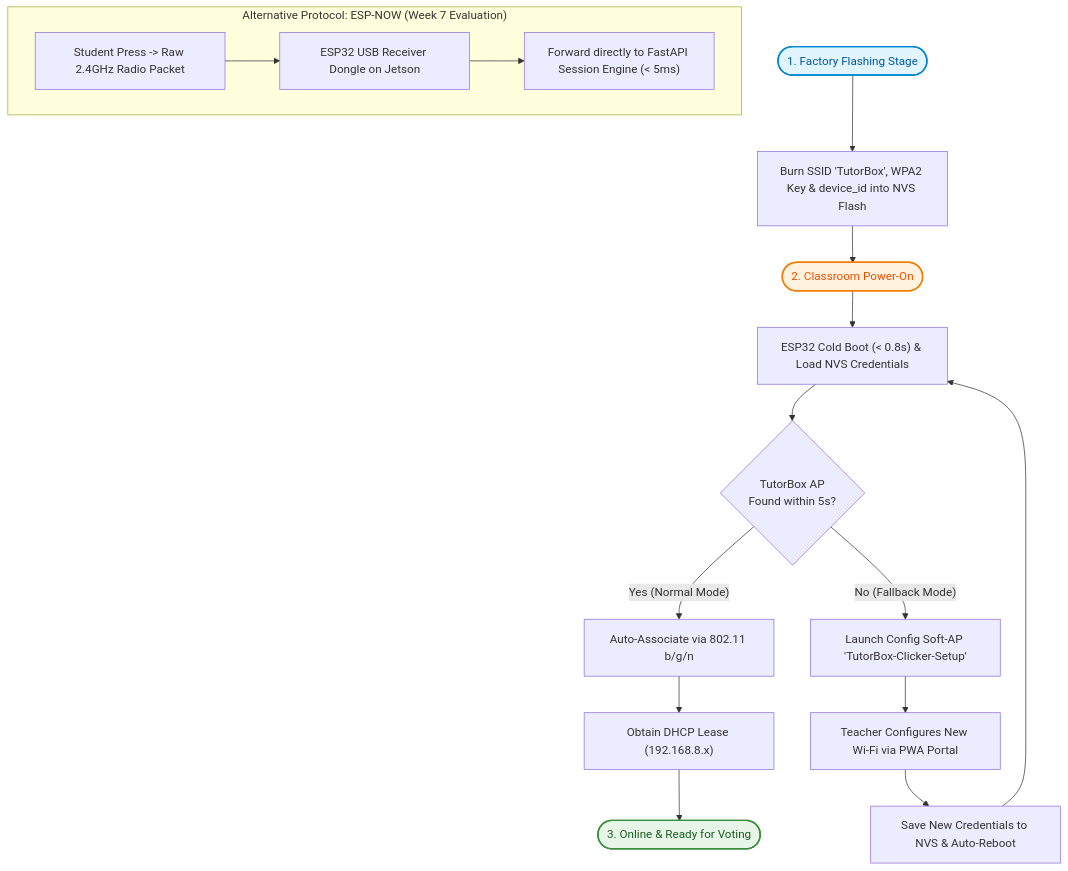
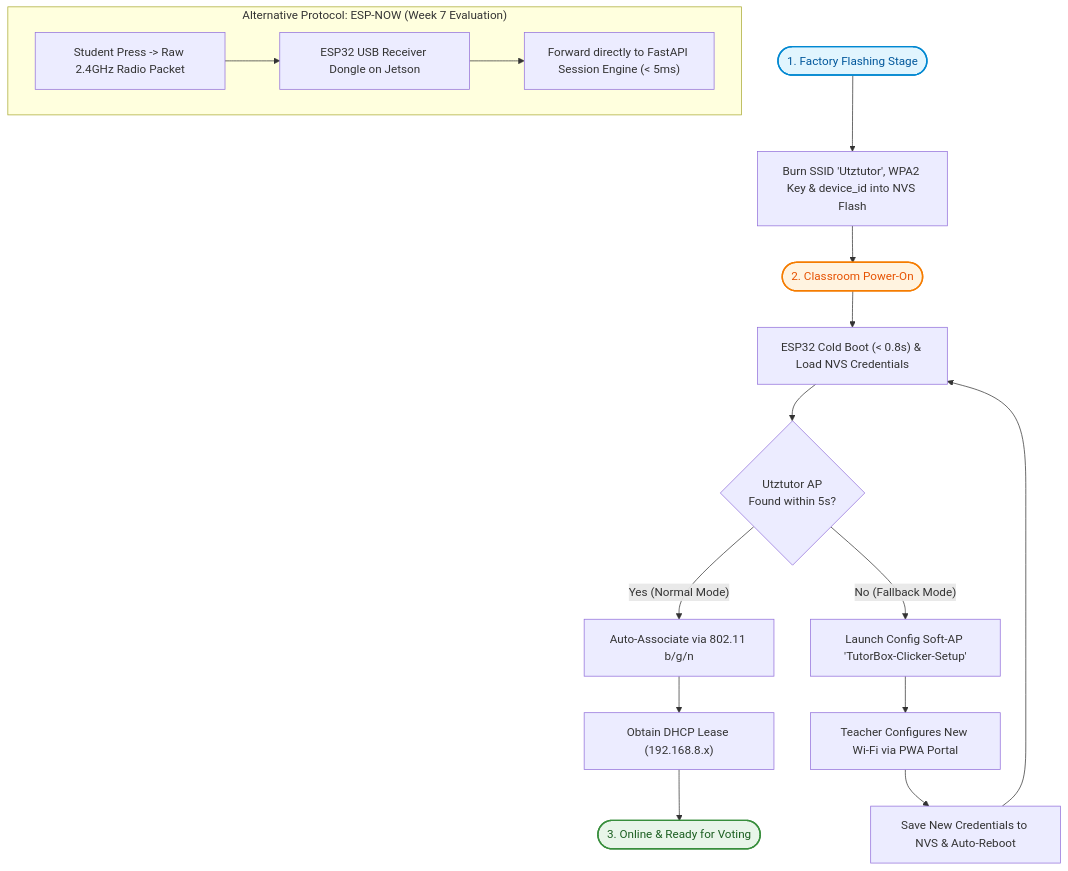
Before and after one commit to GabGP/TutorBox: the second of 5 diagrams in docs/architecture/esp32-clicker-transport.md, drawn with Mermaid. The commit also changed other lines of this file and 40 other files, not shown here.

````diff
--- a/docs/architecture/esp32-clicker-transport.md
+++ b/docs/architecture/esp32-clicker-transport.md
@@ -100,28 +100,28 @@
 ```mermaid
 graph TD
-    Factory(["1. Factory Flashing Stage"]):::factory --> FlashNVS["Burn SSID 'TutorBox', WPA2 Key & device_id into NVS Flash"]
+    Factory(["1. Factory Flashing Stage"]):::factory --> FlashNVS["Burn SSID 'Utztutor', WPA2 Key & device_id into NVS Flash"]
 
     FlashNVS --> PowerOn(["2. Classroom Power-On"]):::student
     PowerOn --> Boot["ESP32 Cold Boot (< 0.8s) & Load NVS Credentials"]
-    Boot --> ScanAP{"TutorBox AP<br/>Found within 5s?"}
+    Boot --> ScanAP{"Utztutor AP<br/>Found within 5s?"}
 
     ScanAP -- "Yes (Normal Mode)" --> Associate["Auto-Associate via 802.11 b/g/n"]
     Associate --> DHCP["Obtain DHCP Lease (192.168.8.x)"]
     DHCP --> Ready(["3. Online & Ready for Voting"]):::success
 
     ScanAP -- "No (Fallback Mode)" --> SoftAP["Launch Config Soft-AP 'TutorBox-Clicker-Setup'"]
     SoftAP --> TeacherPortal["Teacher Configures New Wi-Fi via PWA Portal"]
     TeacherPortal --> SaveNVS["Save New Credentials to NVS & Auto-Reboot"]
     SaveNVS --> Boot
 
     subgraph EspNowOption ["Alternative Protocol: ESP-NOW (Week 7 Evaluation)"]
         RawPress["Student Press -> Raw 2.4GHz Radio Packet"]
         JetsonDongle["ESP32 USB Receiver Dongle on Jetson"]
         FastApiPipe["Forward directly to FastAPI Session Engine (< 5ms)"]
         RawPress --> JetsonDongle --> FastApiPipe
     end
 
     classDef factory fill:#e1f5fe,stroke:#0288d1,stroke-width:2px,color:#01579b;
     classDef student fill:#fff3e0,stroke:#f57c00,stroke-width:2px,color:#e65100;
     classDef success fill:#e8f5e9,stroke:#388e3c,stroke-width:2px,color:#1b5e20;
 ```
````
